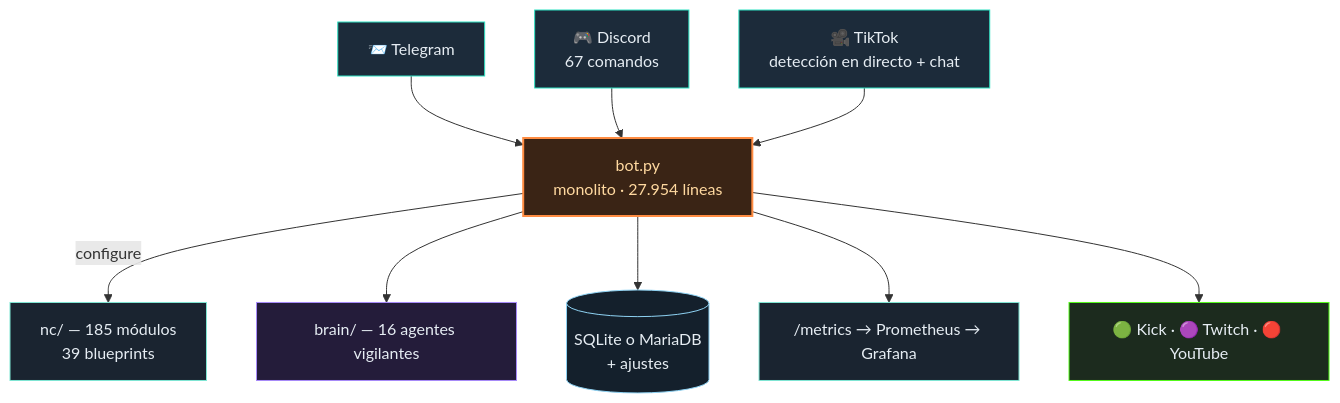
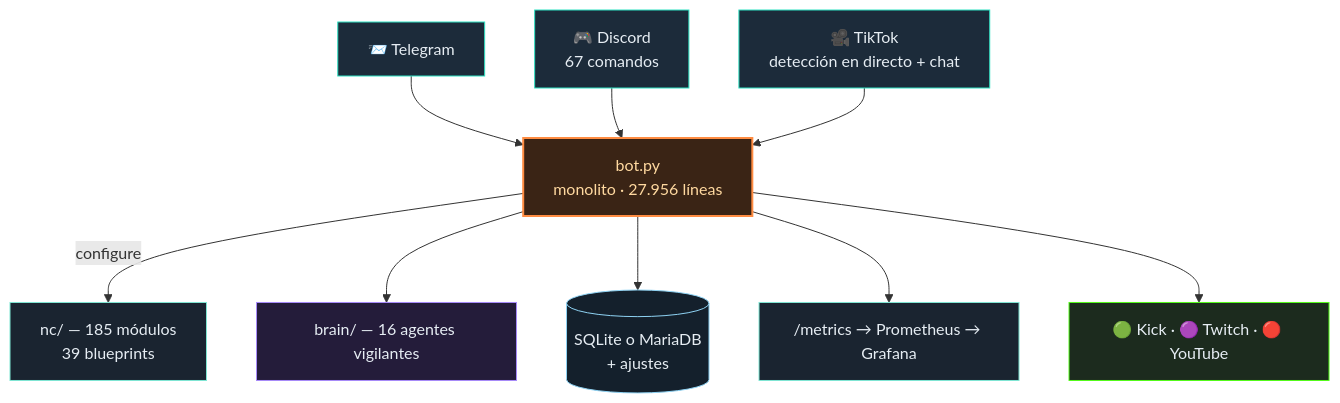
One commit to itsamemedev/Telegram-Stream-Info-Bot changed the diagram in README.es.md. Above: the diagram before and after it, drawn with Mermaid. The commit also changed other lines of this file and 18 other files, not shown here.

````diff
--- a/README.es.md
+++ b/README.es.md
@@ -64,18 +64,18 @@
 ```mermaid
 flowchart TB
     TG["📨 Telegram"]:::ein --> BOT
     DC["🎮 Discord<br/>67 comandos"]:::ein --> BOT
     TT["🎥 TikTok<br/>detección en directo + chat"]:::ein --> BOT
-    BOT["bot.py<br/>monolito · 27.954 líneas"]:::core
+    BOT["bot.py<br/>monolito · 27.956 líneas"]:::core
     BOT -->|configure| NC["nc/ — 185 módulos<br/>39 blueprints"]:::lib
     BOT --> BRAIN["brain/ — 16 agentes vigilantes"]:::brain
     BOT --> DB[("SQLite o MariaDB<br/>+ ajustes")]:::db
     BOT --> PROM["/metrics → Prometheus → Grafana"]:::lib
     BOT --> OUT["🟢 Kick · 🟣 Twitch · 🔴 YouTube"]:::out
     classDef ein fill:#1c2b3a,stroke:#2de1c2,color:#e6edf3
     classDef core fill:#3a2415,stroke:#ff8c42,stroke-width:2px,color:#ffd9a0
     classDef lib fill:#1a2430,stroke:#7fe7d4,color:#e6edf3
     classDef brain fill:#241c3a,stroke:#a78bfa,color:#e6edf3
     classDef db fill:#14202c,stroke:#8fd3f4,color:#e6edf3
     classDef out fill:#1c2b1e,stroke:#53fc18,color:#e6edf3
 ```
````
